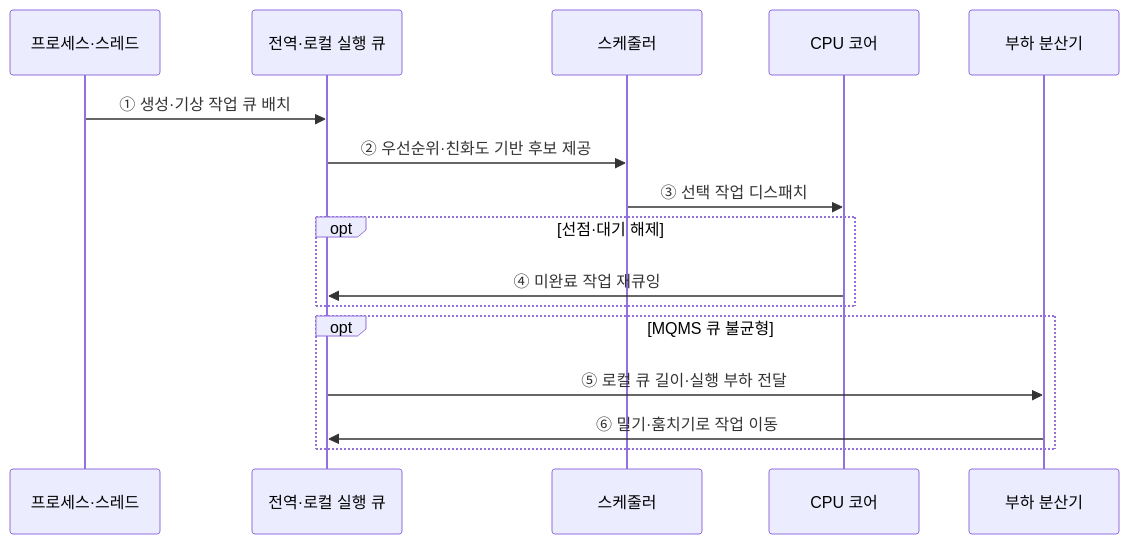
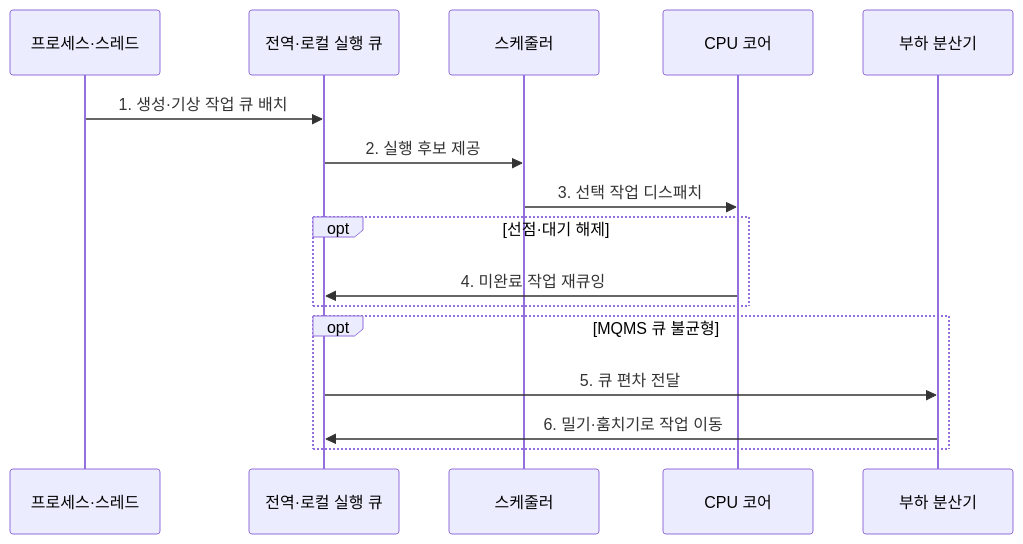
Before and after one commit to agnusdei1207/knowledge-base: the second of 2 diagrams in src/content/docs/notes/03-software/028_multiprocessor_scheduling_sqms_mqms.md, drawn with Mermaid. The commit also changed other lines of this file and 20 other files, not shown here.

````diff
--- a/src/content/docs/notes/03-software/028_multiprocessor_scheduling_sqms_mqms.md
+++ b/src/content/docs/notes/03-software/028_multiprocessor_scheduling_sqms_mqms.md
@@ -87,18 +89,18 @@
 ```mermaid
 sequenceDiagram
     participant T as 프로세스·스레드
     participant Q as 전역·로컬 실행 큐
     participant S as 스케줄러
     participant C as CPU 코어
     participant B as 부하 분산기
-    T->>Q: ① 생성·기상 작업 큐 배치
-    Q->>S: ② 우선순위·친화도 기반 후보 제공
-    S->>C: ③ 선택 작업 디스패치
+    T->>Q: 1. 생성·기상 작업 큐 배치
+    Q->>S: 2. 실행 후보 제공
+    S->>C: 3. 선택 작업 디스패치
     opt 선점·대기 해제
-        C->>Q: ④ 미완료 작업 재큐잉
+        C->>Q: 4. 미완료 작업 재큐잉
     end
     opt MQMS 큐 불균형
-        Q->>B: ⑤ 로컬 큐 길이·실행 부하 전달
-        B->>Q: ⑥ 밀기·훔치기로 작업 이동
+        Q->>B: 5. 큐 편차 전달
+        B->>Q: 6. 밀기·훔치기로 작업 이동
     end
 ```
````
